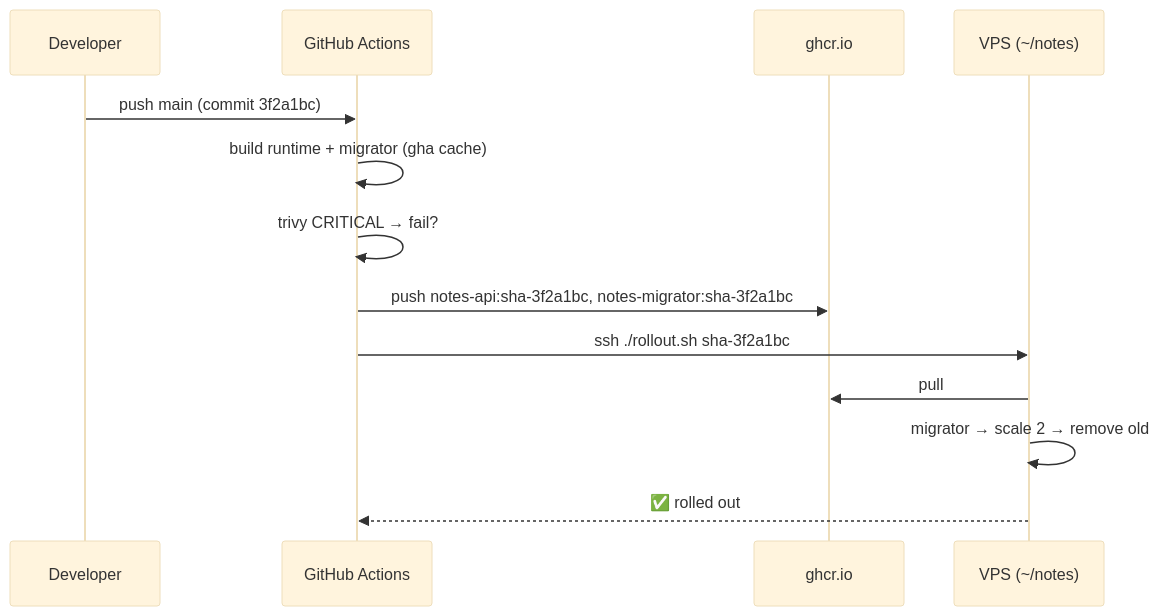
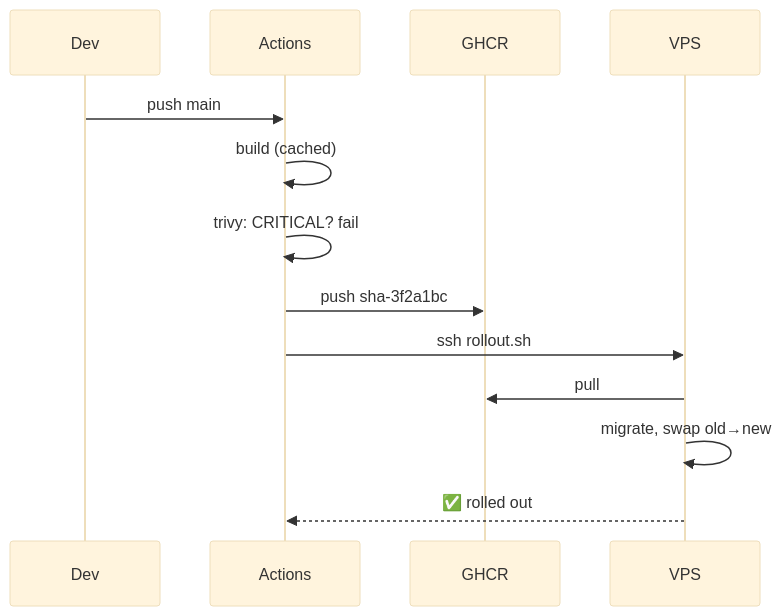
Before and after one commit to wesamkhateeb98-creator/docker-zero-to-production: the diagram in docs/09-dotnet-vps/46-cicd.md, drawn with Mermaid (base theme). The commit also changed 8 other files, not shown here.

First line of the commit message:
Narrow wide diagrams in docs so they stay readable on GitHub

````diff
--- a/docs/09-dotnet-vps/46-cicd.md
+++ b/docs/09-dotnet-vps/46-cicd.md
@@ -8,15 +8,15 @@
 ```mermaid
 sequenceDiagram
-    participant D as Developer
-    participant G as GitHub Actions
-    participant R as ghcr.io
-    participant V as VPS (~/notes)
-    D->>G: push main (commit 3f2a1bc)
-    G->>G: build runtime + migrator (gha cache)
-    G->>G: trivy CRITICAL → fail?
-    G->>R: push notes-api:sha-3f2a1bc, notes-migrator:sha-3f2a1bc
-    G->>V: ssh ./rollout.sh sha-3f2a1bc
+    participant D as Dev
+    participant G as Actions
+    participant R as GHCR
+    participant V as VPS
+    D->>G: push main
+    G->>G: build (cached)
+    G->>G: trivy: CRITICAL? fail
+    G->>R: push sha-3f2a1bc
+    G->>V: ssh rollout.sh
     V->>R: pull
-    V->>V: migrator → scale 2 → remove old
+    V->>V: migrate, swap old→new
     V-->>G: ✅ rolled out
 ```
````
